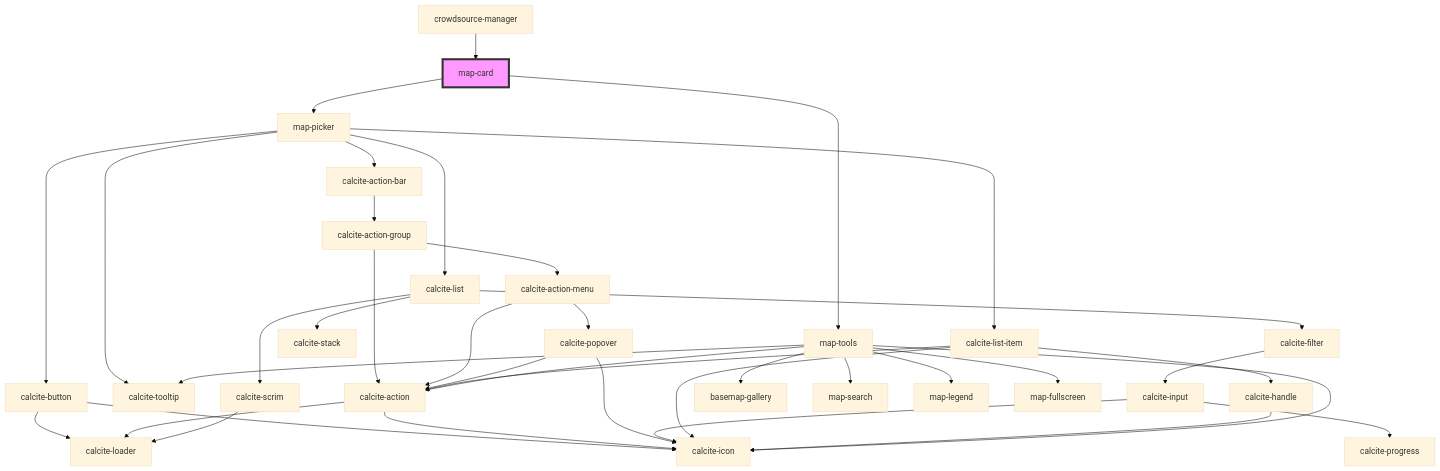
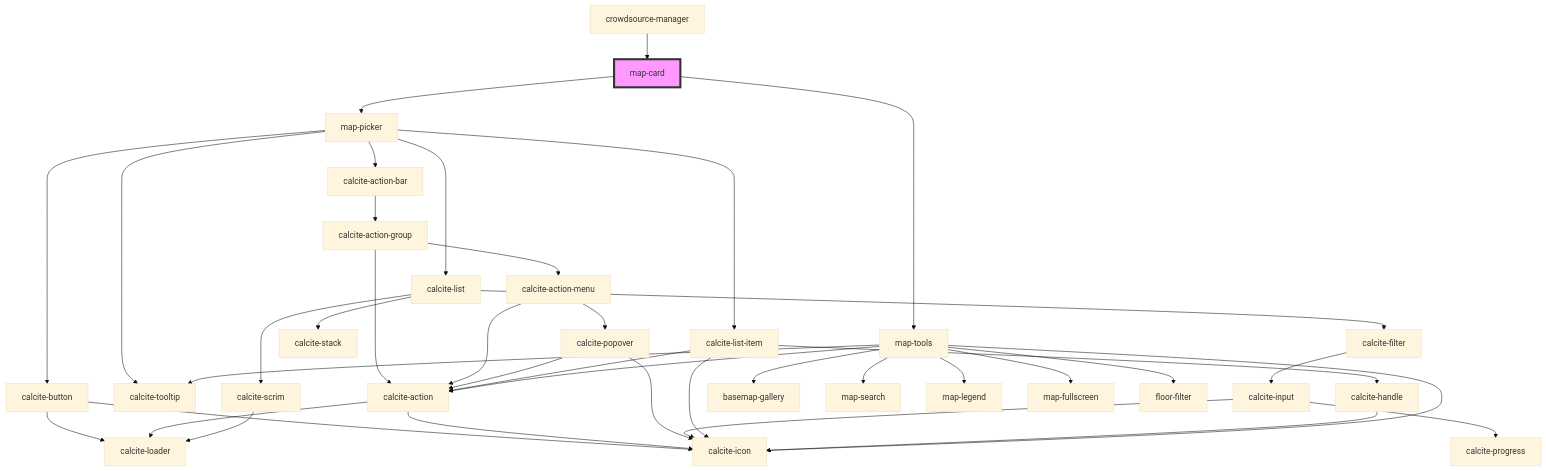
One commit to Esri/solutions-components changed the diagram in src/components/map-card/readme.md. Above: the diagram before and after it, drawn with Mermaid (base theme). The commit also changed other lines of this file and 14 other files, not shown here.

Commit message:
add floor filter

````diff
--- a/src/components/map-card/readme.md
+++ b/src/components/map-card/readme.md
@@ -41,41 +42,42 @@
 ```mermaid
 graph TD;
   map-card --> map-picker
   map-card --> map-tools
   map-picker --> calcite-button
   map-picker --> calcite-tooltip
   map-picker --> calcite-action-bar
   map-picker --> calcite-list
   map-picker --> calcite-list-item
   calcite-button --> calcite-loader
   calcite-button --> calcite-icon
   calcite-action-bar --> calcite-action-group
   calcite-action-group --> calcite-action-menu
   calcite-action-group --> calcite-action
   calcite-action-menu --> calcite-action
   calcite-action-menu --> calcite-popover
   calcite-action --> calcite-loader
   calcite-action --> calcite-icon
   calcite-popover --> calcite-action
   calcite-popover --> calcite-icon
   calcite-list --> calcite-scrim
   calcite-list --> calcite-stack
   calcite-list --> calcite-filter
   calcite-scrim --> calcite-loader
   calcite-filter --> calcite-input
   calcite-input --> calcite-progress
   calcite-input --> calcite-icon
   calcite-list-item --> calcite-icon
   calcite-list-item --> calcite-handle
   calcite-list-item --> calcite-action
   calcite-handle --> calcite-icon
   map-tools --> basemap-gallery
   map-tools --> map-search
   map-tools --> map-legend
   map-tools --> map-fullscreen
+  map-tools --> floor-filter
   map-tools --> calcite-action
   map-tools --> calcite-icon
   map-tools --> calcite-tooltip
   crowdsource-manager --> map-card
   style map-card fill:#f9f,stroke:#333,stroke-width:4px
 ```
````
